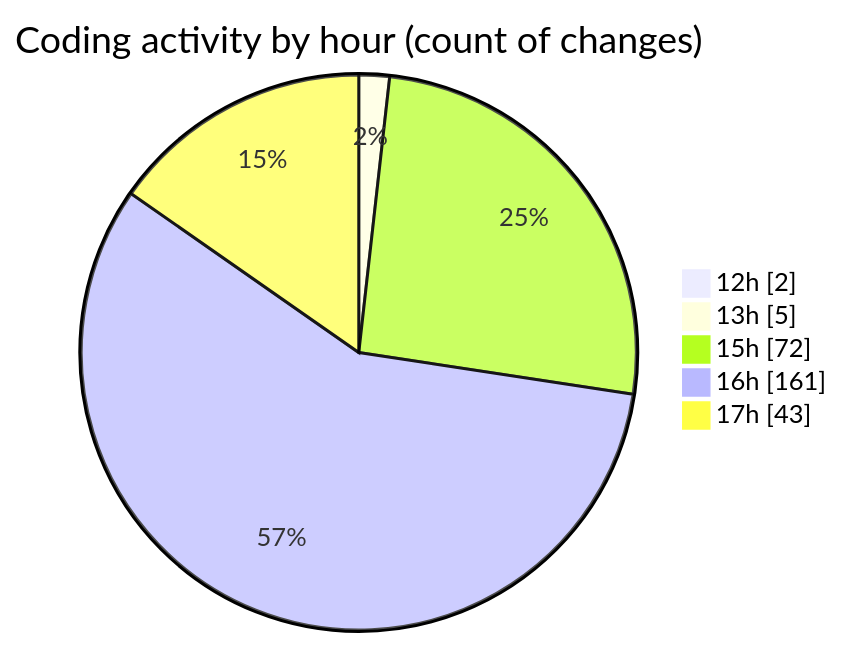
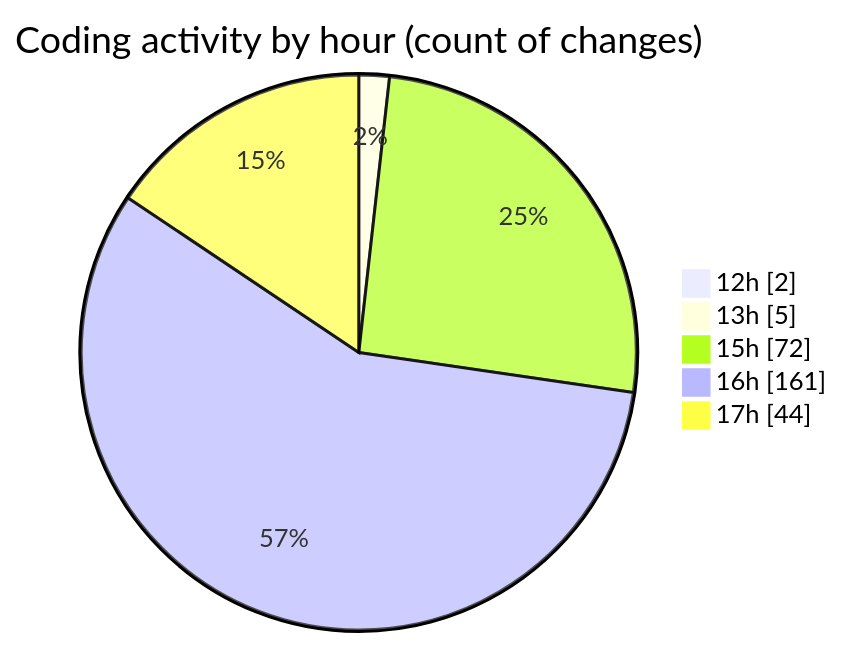
One commit to EIIisD/code-tracking changed the second of 2 diagrams in 2025-07-12/fish/README.md. Above: the diagram before and after it, drawn with Mermaid. The commit also changed other lines of this file and 1 other file, not shown here.

````diff
--- a/2025-07-12/fish/README.md
+++ b/2025-07-12/fish/README.md
@@ -169,9 +169,9 @@
 ```mermaid
 pie showData
 title Coding activity by hour (count of changes)
 "12h" : 2
 "13h" : 5
 "15h" : 72
 "16h" : 161
-"17h" : 43
+"17h" : 44
 ```
````
